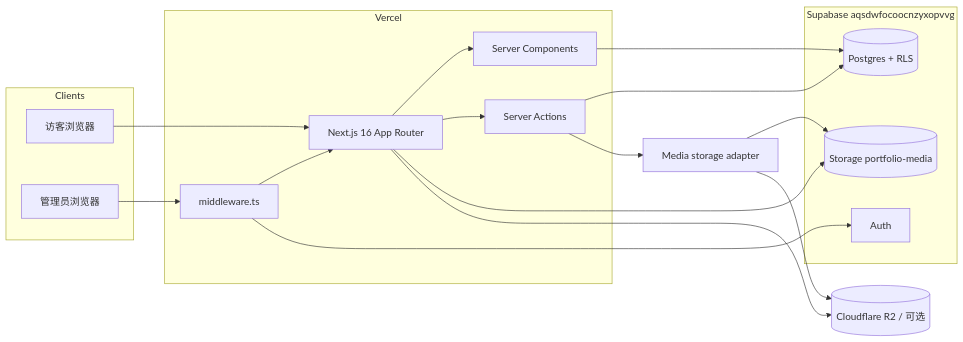
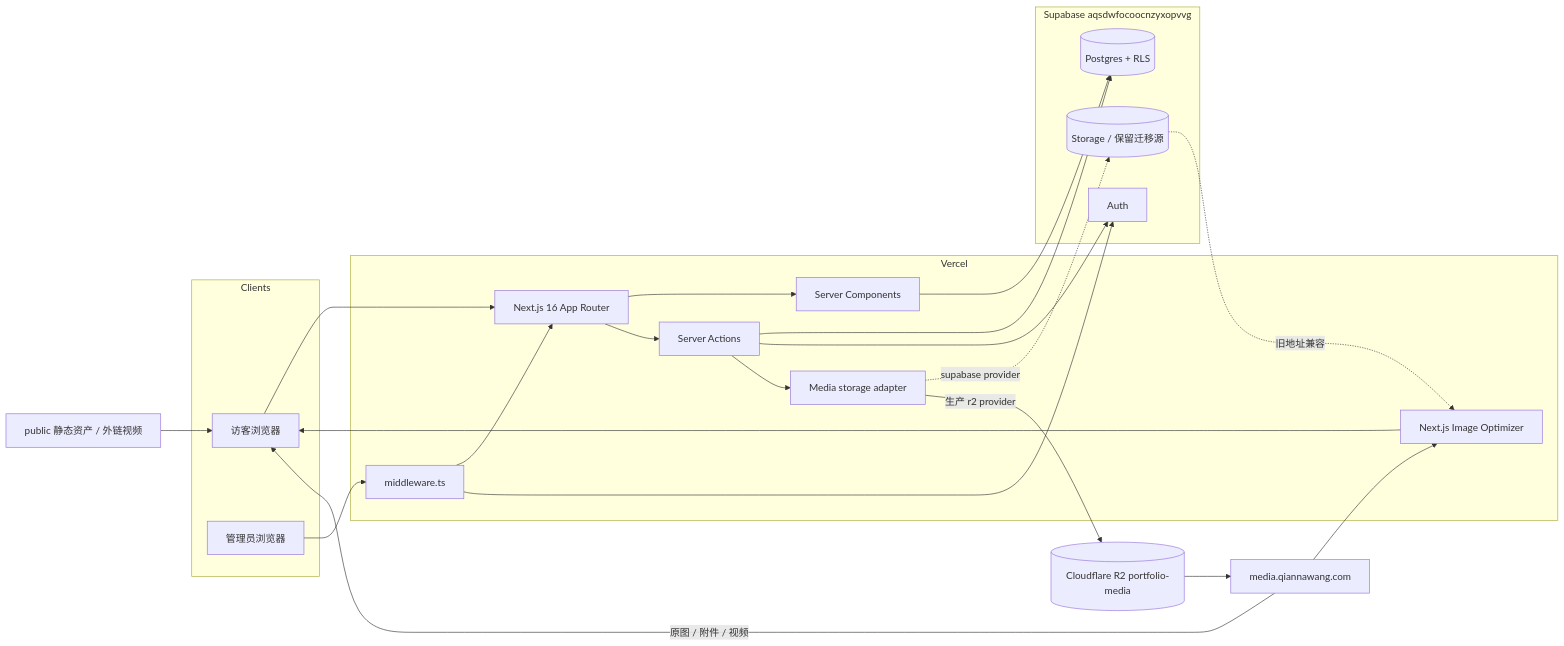
One commit to 24205345/qianna-website changed the diagram in docs/architecture.md. Above: the diagram before and after it, drawn with Mermaid. The commit also changed other lines of this file and 49 other files, not shown here.

````diff
--- a/docs/architecture.md
+++ b/docs/architecture.md
@@ -14,36 +14,43 @@
 ```mermaid
 flowchart LR
   subgraph clients [Clients]
     Visitor[访客浏览器]
     Admin[管理员浏览器]
   end
 
   subgraph vercel [Vercel]
     Next[Next.js 16 App Router]
     MW[middleware.ts]
     SA[Server Actions]
     RSC[Server Components]
+    Adapter[Media storage adapter]
+    Optimizer[Next.js Image Optimizer]
   end
 
   subgraph supabase [Supabase aqsdwfocoocnzyxopvvg]
     PG[(Postgres + RLS)]
     Auth[Auth]
-    Storage[(Storage portfolio-media)]
+    Storage[(Storage / 保留迁移源)]
   end
 
-  R2[(Cloudflare R2 / 可选)]
-  Adapter[Media storage adapter]
+  R2[(Cloudflare R2 portfolio-media)]
+  Domain[media.qiannawang.com]
+  Static[public 静态资产 / 外链视频]
 
   Visitor --> Next
   Admin --> MW --> Next
   Next --> RSC
   Next --> SA
   RSC --> PG
   SA --> PG
+  SA --> Auth
   SA --> Adapter
-  Adapter --> Storage
-  Adapter --> R2
+  Adapter -.->|supabase provider| Storage
+  Adapter -->|生产 r2 provider| R2
   MW --> Auth
-  Next --> Storage
-  Next --> R2
+  R2 --> Domain
+  Domain --> Optimizer --> Visitor
+  Domain -->|原图 / 附件 / 视频| Visitor
+  Static --> Visitor
+  Storage -.->|旧地址兼容| Optimizer
 ```
````
